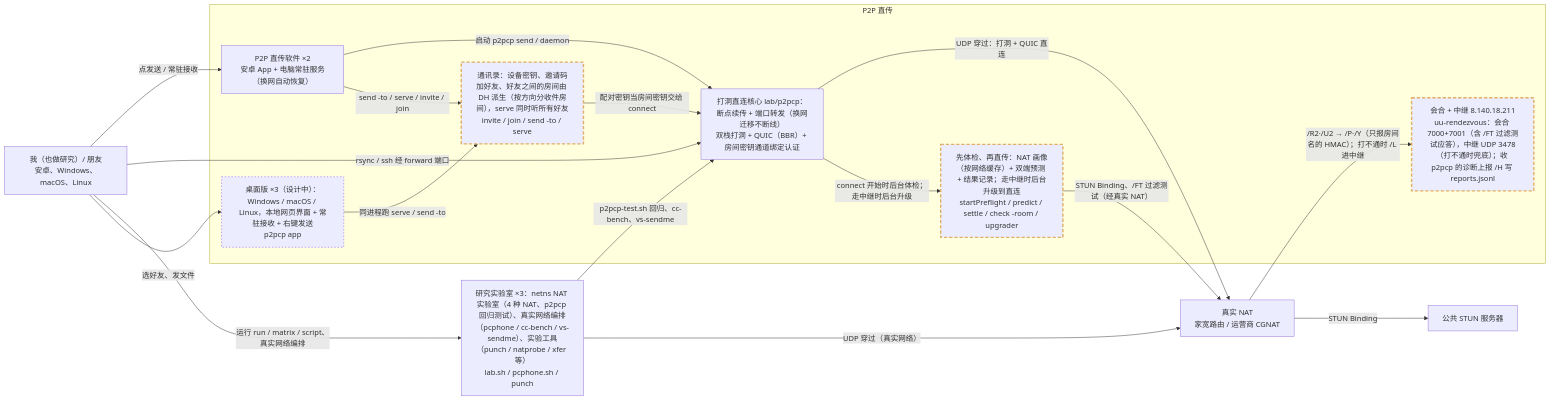
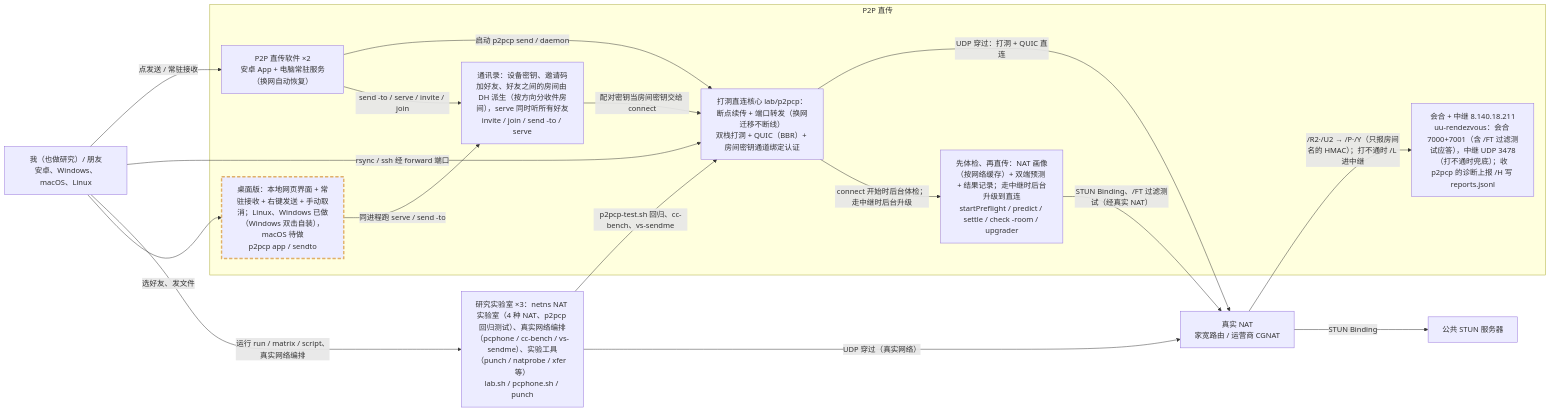
The diagram in docs/arch/00-overview.mmd (numb747/uu-remote-study), drawn with Mermaid before and after one commit. The commit also changed 2 other files, not shown here.

Commit message:
DESIGN：Windows 版（决策 37~42，第 5 步进度）；架构图补上 Windows 集成

```diff
--- a/docs/arch/00-overview.mmd
+++ b/docs/arch/00-overview.mmd
@@ -1,45 +1,46 @@
 flowchart LR
   researcher["我（也做研究）/ 朋友<br/>安卓、Windows、macOS、Linux"]
   subgraph product["P2P 直传"]
     apps["P2P 直传软件 ×2<br/>安卓 App + 电脑常驻服务（换网自动恢复）"]
     p2pcp["打洞直连核心 lab/p2pcp：断点续传 + 端口转发（换网迁移不断线）<br/>双栈打洞 + QUIC（BBR）+ 房间密钥通道绑定认证"]
-    rdv["会合 + 中继 8.140.18.211<br/>uu-rendezvous：会合 7000+7001（含 /FT 过滤测试应答），中继 UDP 3478（打不通时兜底）；收 p2pcp 的诊断上报 /H 写 reports.jsonl"]:::changed
-    contacts["通讯录：设备密钥、邀请码加好友、好友之间的房间由 DH 派生（按方向分收件房间），serve 同时听所有好友<br/>invite / join / send -to / serve"]:::changed
-    desk["桌面版 ×3（设计中）：Windows / macOS / Linux，本地网页界面 + 常驻接收 + 右键发送<br/>p2pcp app"]:::planned
-    preflight["先体检、再直传：NAT 画像（按网络缓存）+ 双端预测 + 结果记录；走中继时后台升级到直连<br/>startPreflight / predict / settle / check -room / upgrader"]:::changed
+    rdv["会合 + 中继 8.140.18.211<br/>uu-rendezvous：会合 7000+7001（含 /FT 过滤测试应答），中继 UDP 3478（打不通时兜底）；收 p2pcp 的诊断上报 /H 写 reports.jsonl"]
+    contacts["通讯录：设备密钥、邀请码加好友、好友之间的房间由 DH 派生（按方向分收件房间），serve 同时听所有好友<br/>invite / join / send -to / serve"]
+    desk["桌面版：本地网页界面 + 常驻接收 + 右键发送 + 手动取消；Linux、Windows 已做（Windows 双击自装），macOS 待做<br/>p2pcp app / sendto"]:::changed
+    preflight["先体检、再直传：NAT 画像（按网络缓存）+ 双端预测 + 结果记录；走中继时后台升级到直连<br/>startPreflight / predict / settle / check -room / upgrader"]
   end
   lab["研究实验室 ×3：netns NAT 实验室（4 种 NAT、p2pcp 回归测试）、真实网络编排（pcphone / cc-bench / vs-sendme）、实验工具（punch / natprobe / xfer 等）<br/>lab.sh / pcphone.sh / punch"]
   real_nat["真实 NAT<br/>家宽路由 / 运营商 CGNAT"]
   stun_pub[公共 STUN 服务器]
 
   researcher -->|"点发送 / 常驻接收"| apps
   apps -->|"启动 p2pcp send / daemon"| p2pcp
   researcher -->|"rsync / ssh 经 forward 端口"| p2pcp
   p2pcp -->|"UDP 穿过：打洞 + QUIC 直连"| real_nat
   real_nat -->|"/R2·/U2 → /P·/Y（只报房间名的 HMAC）；打不通时 /L 进中继"| rdv
   researcher -->|"运行 run / matrix / script、真实网络编排"| lab
   lab -->|"p2pcp-test.sh 回归、cc-bench、vs-sendme"| p2pcp
   lab -->|"UDP 穿过（真实网络）"| real_nat
   researcher -->|"选好友、发文件"| desk
   desk -->|"同进程跑 serve / send -to"| contacts
   apps -->|"send -to / serve / invite / join"| contacts
   contacts -->|"配对密钥当房间密钥交给 connect"| p2pcp
   p2pcp -->|"connect 开始时后台体检；走中继时后台升级"| preflight
   preflight -->|"STUN Binding、/FT 过滤测试（经真实 NAT）"| real_nat
   real_nat -->|"STUN Binding"| stun_pub
 
 %% @src apps apps/pc/p2p-direct case ${1:-} in
 %% @src p2pcp lab/p2pcp/main.go func main()
 %% @src rdv lab/punch/main.go func runServer
 %% @src lab lab/netns/lab.sh main() {
 %% @src preflight lab/p2pcp/preflight.go func startPreflight(
 %% @src contacts lab/p2pcp/pair.go func serve(o opts)
+%% @src desk lab/p2pcp/app.go func cmdApp(
 %% @link apps 31-p2p-direct.mmd
 %% @link p2pcp 24-flow-p2pcp.mmd
 %% @link lab 10-modules.mmd
 %% @link contacts 27-flow-pairing.mmd
 %% @link desk 34-contacts.mmd
 %% @link preflight 26-flow-preflight.mmd
-%% @commit d578d66
+%% @commit 103f807
 classDef changed stroke:#e0af68,stroke-width:3px,stroke-dasharray:7 4
 classDef planned stroke:#bb9af7,stroke-width:2px,stroke-dasharray:3 4
```
